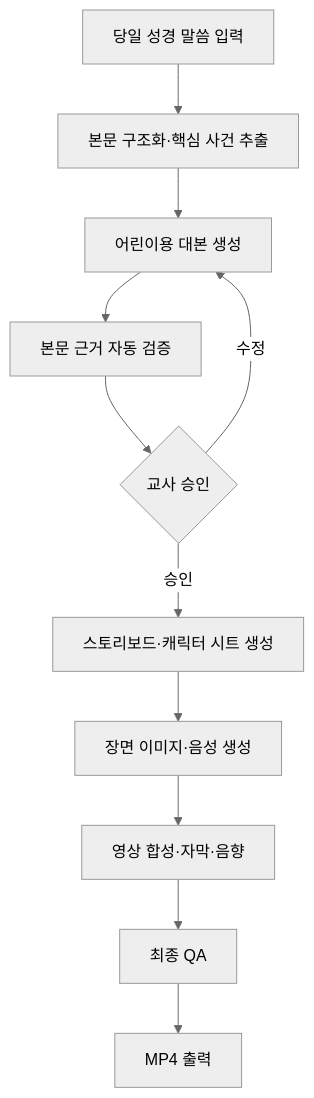
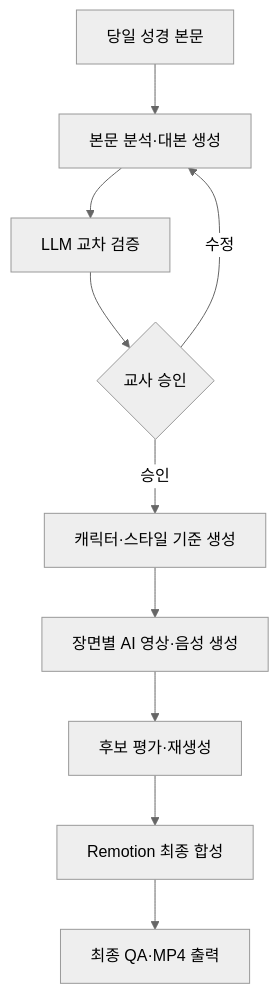
The first of 2 diagrams in docs/README.md (vaynel/bible_animation), drawn with Mermaid (neutral theme) before and after one commit. The commit also changed other lines of this file, not shown here.

````diff
--- a/docs/README.md
+++ b/docs/README.md
@@ -116,13 +57,12 @@
 ```mermaid
 flowchart TD
-    A["당일 성경 말씀 입력"] --> B["본문 구조화·핵심 사건 추출"]
-    B --> C["어린이용 대본 생성"]
-    C --> D["본문 근거 자동 검증"]
-    D --> E{"교사 승인"}
-    E -->|수정| C
-    E -->|승인| F["스토리보드·캐릭터 시트 생성"]
-    F --> G["장면 이미지·음성 생성"]
-    G --> H["영상 합성·자막·음향"]
-    H --> I["최종 QA"]
-    I --> J["MP4 출력"]
+    A["당일 성경 본문"] --> B["본문 분석·대본 생성"]
+    B --> C["LLM 교차 검증"]
+    C --> D{"교사 승인"}
+    D -->|수정| B
+    D -->|승인| E["캐릭터·스타일 기준 생성"]
+    E --> F["장면별 AI 영상·음성 생성"]
+    F --> G["후보 평가·재생성"]
+    G --> H["Remotion 최종 합성"]
+    H --> I["최종 QA·MP4 출력"]
 ```
````
